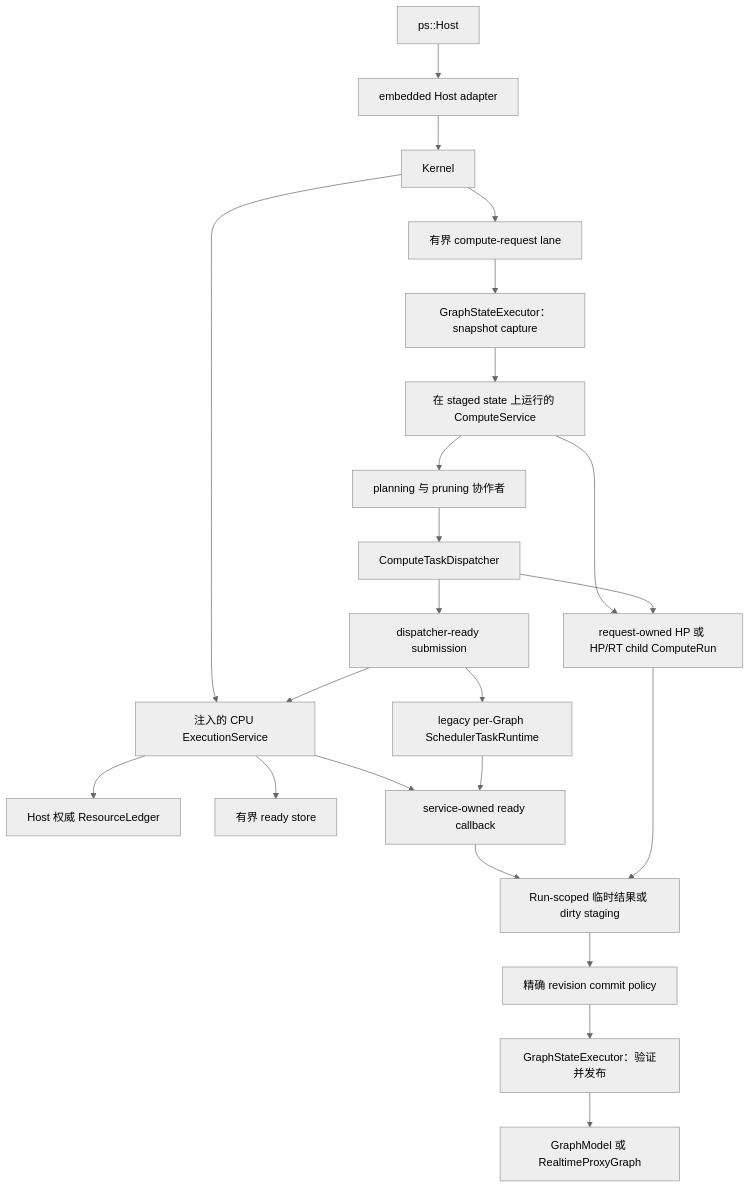
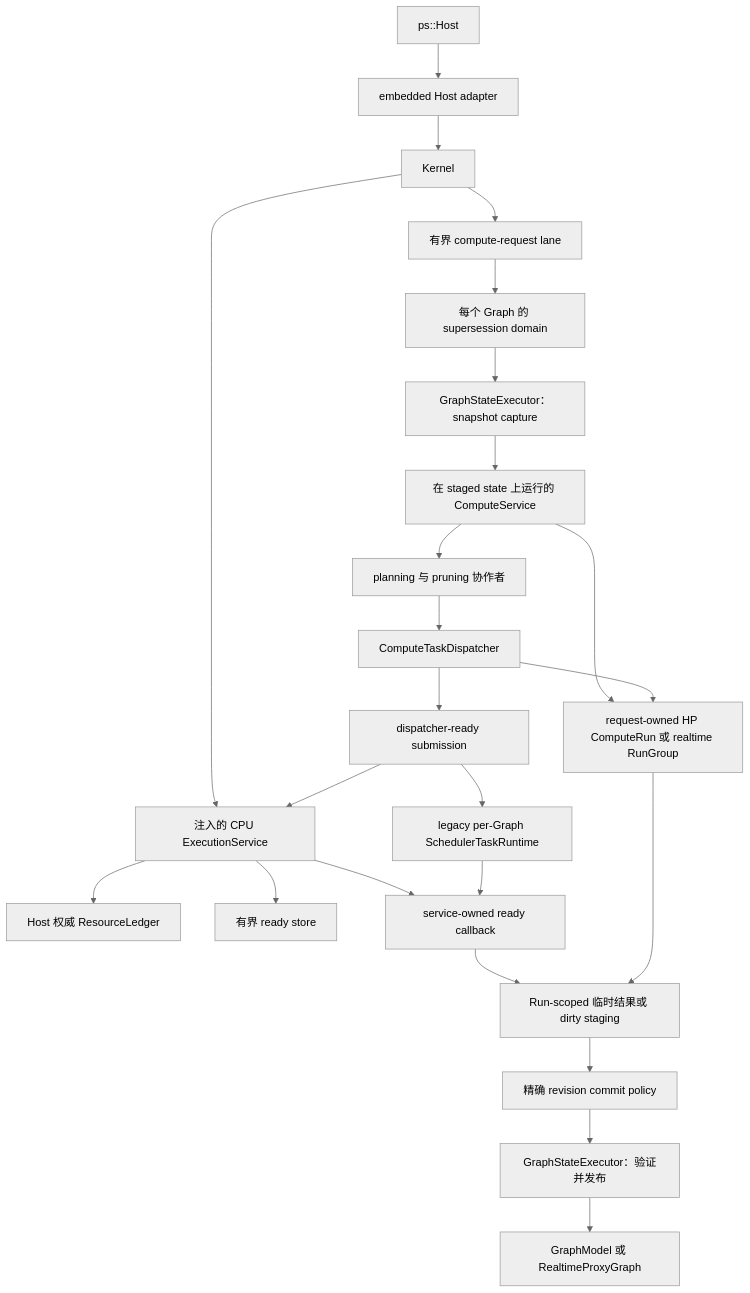
Before and after one commit to kevin-zf1123/photospider: the diagram in docs/kernel-architecture/zh/Compute-Boundaries.zh.md, drawn with Mermaid (neutral theme). The commit also changed other lines of this file and 26 other files, not shown here.

````diff
--- a/docs/kernel-architecture/zh/Compute-Boundaries.zh.md
+++ b/docs/kernel-architecture/zh/Compute-Boundaries.zh.md
@@ -20,25 +20,26 @@
 ```mermaid
 flowchart TD
   HOST["ps::Host"] --> ADAPTER["embedded Host adapter"]
   ADAPTER --> KERNEL["Kernel"]
   KERNEL --> EXEC["注入的 CPU ExecutionService"]
   EXEC --> LEDGER["Host 权威 ResourceLedger"]
   EXEC --> STORE["有界 ready store"]
   KERNEL --> REQUEST["有界 compute-request lane"]
-  REQUEST --> CAPTURE["GraphStateExecutor：snapshot capture"]
+  REQUEST --> DOMAIN["每个 Graph 的 supersession domain"]
+  DOMAIN --> CAPTURE["GraphStateExecutor：snapshot capture"]
   CAPTURE --> SERVICE["在 staged state 上运行的 ComputeService"]
-  SERVICE --> RUN["request-owned HP 或 HP/RT child ComputeRun"]
+  SERVICE --> RUN["request-owned HP ComputeRun 或 realtime RunGroup"]
   SERVICE --> PLAN["planning 与 pruning 协作者"]
   PLAN --> DISPATCH["ComputeTaskDispatcher"]
   DISPATCH --> RUN
   DISPATCH --> READY["dispatcher-ready submission"]
   READY --> EXEC
   READY --> RUNTIME["legacy per-Graph SchedulerTaskRuntime"]
   EXEC --> CALLBACK["service-owned ready callback"]
   RUNTIME --> CALLBACK
   CALLBACK --> TEMP["Run-scoped 临时结果或 dirty staging"]
   RUN --> TEMP
   TEMP --> COMMIT["精确 revision commit policy"]
   COMMIT --> PUBLISH["GraphStateExecutor：验证并发布"]
   PUBLISH --> GRAPH["GraphModel 或 RealtimeProxyGraph"]
 ```
````
